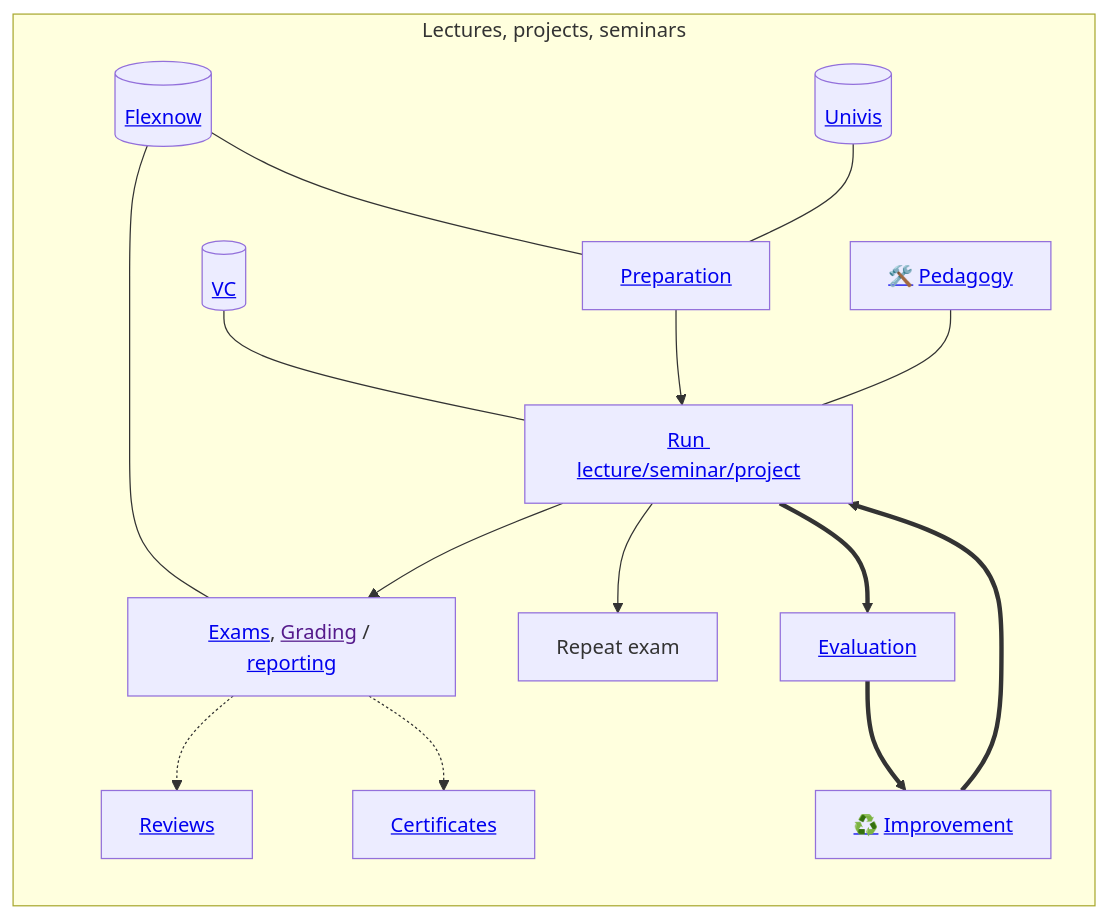
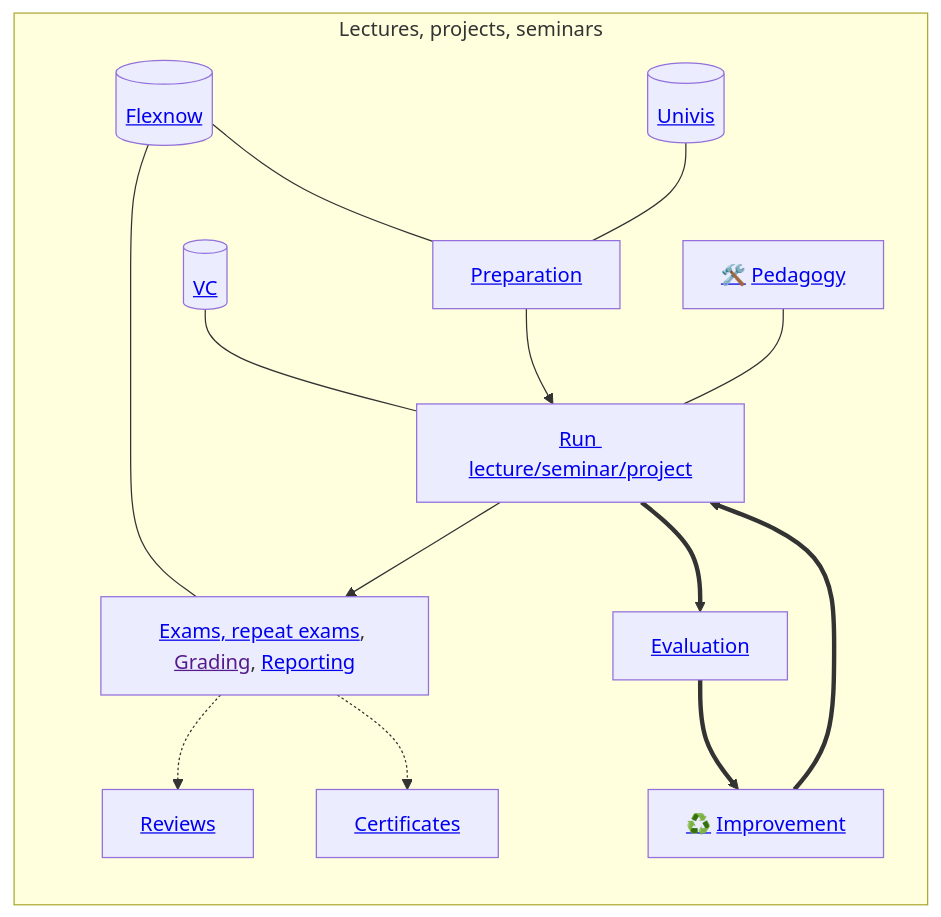
The first of 2 diagrams in docs/30-teaching/index.md (digital-work-lab/handbook), drawn with Mermaid before and after one commit.

Commit message:
update teaching graph

````diff
--- a/docs/30-teaching/index.md
+++ b/docs/30-teaching/index.md
@@ -13,24 +13,23 @@
 ```mermaid
 flowchart TB
     subgraph main["Lectures, projects, seminars"]
         direction TB
 
         Flexnow[("<a href='30_processes/30.15.flexnow.html'>Flexnow</a>")]
         Flexnow --- Prepare
         Flexnow --- Grade
         Univis[("<a href='30_processes/30.16.univis.html'>Univis</a>")]
         Univis --- Prepare
         VC[("<a href='30_processes/30.19.virtual_campus.html'>VC</a>")] --- Run
 
         Prepare["<a href='30_processes/30.09.new_modules.html'>Preparation</a>"] --> Run["<a href='30_processes/30.02.courses.html#course-list'>Run lecture/seminar/project</a>"]
-        Run --> Grade["<a href='30_processes/30.59.exams.html'>Exams</a>, <a href=''>Grading</a> / <a href='30_processes/30.20.reports.html'>reporting</a>"]
-        Run --> Repeat[Repeat exam]
+        Run --> Grade["<a href='30_processes/30.59.exams.html'>Exams, repeat exams</a>, <a href=''>Grading</a>, <a href='30_processes/30.20.reports.html'>Reporting</a>"]
         Pedagogy["<a href='../10-lab/10_processes/10.01.goals.html'>🛠️</a> <a href='30_processes/30.07.pedagogy.html'>Pedagogy</a>"] --- Run
         Grade -.-> Reviews["<a href='30_processes/30.60.reviews.html'>Reviews</a>"]
         Grade -.-> Certificates["<a href='30_processes/30.51.certificates.html'>Certificates</a>"]
         Run ==> Evaluate["<a href='30_processes/30.21.evaluations.html'>Evaluation</a>"]
         Evaluate ==> Improve["<a href='../10-lab/10_processes/10.01.goals.html'>♻️</a> <a href='30_processes/30.22.improvements.html'>Improvement</a>"]
         Improve ==> Run
     end
 
 ```
````
